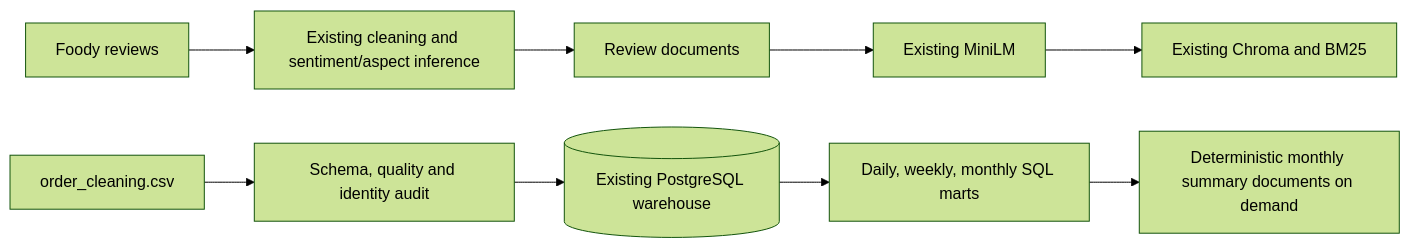
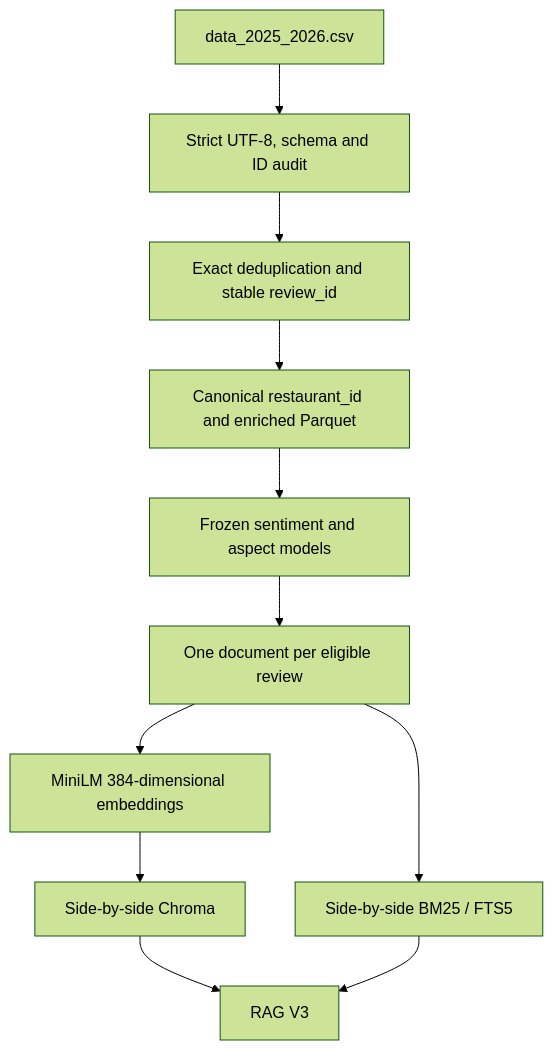
Before and after one commit to IAmNDTK1230/MLLOps-Food_data: the first of 2 diagrams in docs/RAG_SALES_ARCHITECTURE.md, drawn with Mermaid (forest theme). The commit also changed other lines of this file and 56 other files, not shown here.

Commit message:
feat: align review corpus with sales restaurant ids

````diff
--- a/docs/RAG_SALES_ARCHITECTURE.md
+++ b/docs/RAG_SALES_ARCHITECTURE.md
@@ -7,7 +7,13 @@
 ```mermaid
-flowchart LR
-  R[Foody reviews] --> C[Existing cleaning and sentiment/aspect inference]
-  C --> D[Review documents] --> E[Existing MiniLM] --> V[Existing Chroma and BM25]
-  S[order_cleaning.csv] --> A[Schema, quality and identity audit] --> P[(Existing PostgreSQL warehouse)]
-  P --> M[Daily, weekly, monthly SQL marts] --> J[Deterministic monthly summary documents on demand]
+flowchart TB
+  A[data_2025_2026.csv] --> B[Strict UTF-8, schema and ID audit]
+  B --> C[Exact deduplication and stable review_id]
+  C --> D[Canonical restaurant_id and enriched Parquet]
+  D --> E[Frozen sentiment and aspect models]
+  E --> F[One document per eligible review]
+  F --> G[MiniLM 384-dimensional embeddings]
+  G --> H[Side-by-side Chroma]
+  F --> I[Side-by-side BM25 / FTS5]
+  H --> J[RAG V3]
+  I --> J
 ```
````
